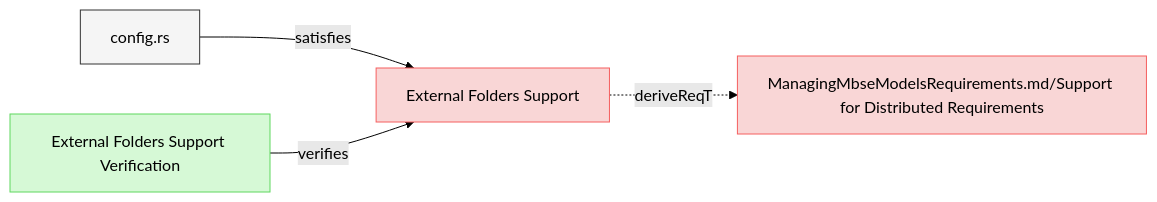
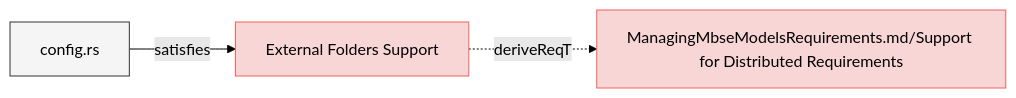
The second of 8 diagrams in specifications/SystemRequirements/Requirements.md (reqvire-org/reqvire), drawn with Mermaid (forest theme) before and after one commit. The commit also changed other lines of this file and 65 other files, not shown here.

Commit message:
Diagram generation bug fix: there were opposite relations included.

````diff
--- a/specifications/SystemRequirements/Requirements.md
+++ b/specifications/SystemRequirements/Requirements.md
@@ -195,24 +185,20 @@
 ```mermaid
 graph LR;
   %% Graph styling
   classDef requirement fill:#f9d6d6,stroke:#f55f5f,stroke-width:1px;
   classDef verification fill:#d6f9d6,stroke:#5fd75f,stroke-width:1px;
   classDef externalLink fill:#d0e0ff,stroke:#3080ff,stroke-width:1px;
   classDef default fill:#f5f5f5,stroke:#333333,stroke-width:1px;
 
-  d38ab4ad13["External Folders Support"];
-  click d38ab4ad13 "Requirements.md#external-folders-support";
-  class d38ab4ad13 requirement;
-  e7286123b1["ManagingMbseModelsRequirements.md/Support for Distributed Requirements"];
-  class e7286123b1 requirement;
-  click e7286123b1 "../ManagingMbseModelsRequirements.md#support-for-distributed-requirements";
-  d38ab4ad13 -.->|deriveReqT| e7286123b1;
-  c87fb8d32a["config.rs"];
-  class c87fb8d32a default;
-  click c87fb8d32a "../../cli/src/config.rs";
-  c87fb8d32a -->|satisfies| d38ab4ad13;
-  97e9fdec98["External Folders Support Verification"];
-  class 97e9fdec98 verification;
-  click 97e9fdec98 "../Verifications/LintingTests.md#external-folders-support-verification";
-  97e9fdec98 -->|verifies| d38ab4ad13;
+  d38ab4ad139183d3["External Folders Support"];
+  click d38ab4ad139183d3 "Requirements.md#external-folders-support";
+  class d38ab4ad139183d3 requirement;
+  e7286123b1b97862["ManagingMbseModelsRequirements.md/Support for Distributed Requirements"];
+  class e7286123b1b97862 requirement;
+  click e7286123b1b97862 "../ManagingMbseModelsRequirements.md#support-for-distributed-requirements";
+  d38ab4ad139183d3 -.->|deriveReqT| e7286123b1b97862;
+  c87fb8d32afb10bb["config.rs"];
+  class c87fb8d32afb10bb default;
+  click c87fb8d32afb10bb "../../cli/src/config.rs";
+  c87fb8d32afb10bb -->|satisfies| d38ab4ad139183d3;
 ```
````
